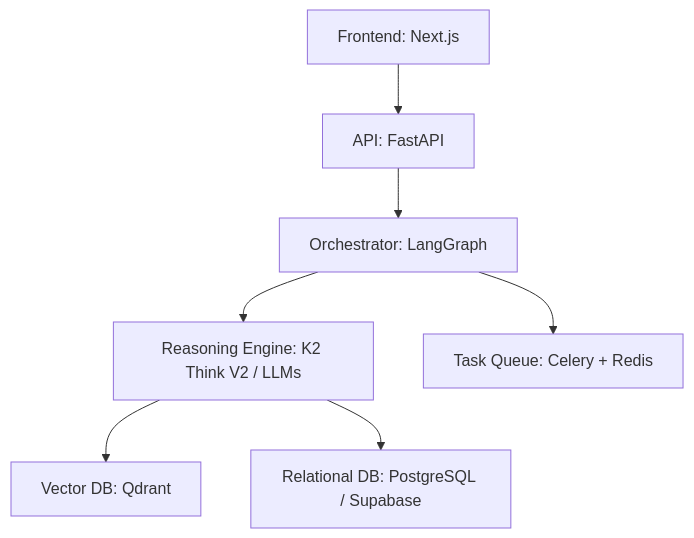
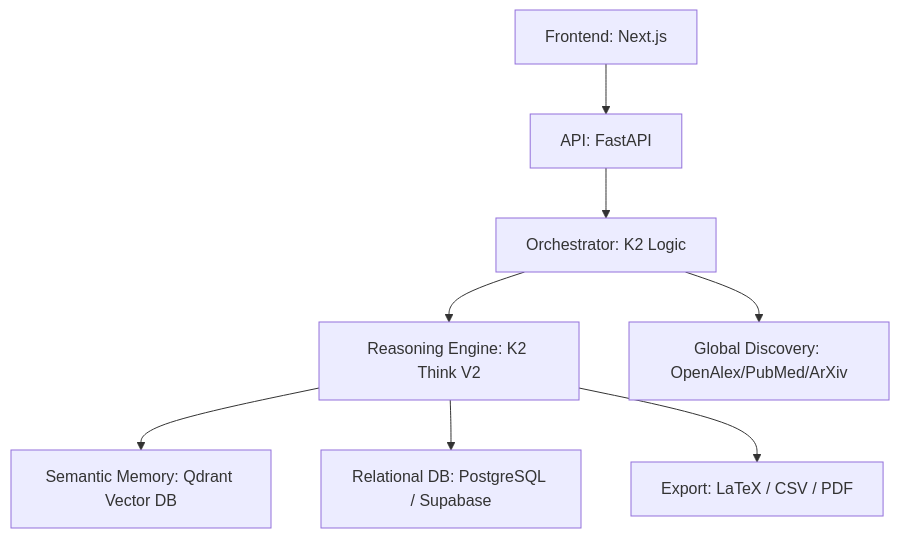
The diagram in README.md (Damasoumana1/ai-scientific-coinvestigator-backend), drawn with Mermaid before and after one commit. The commit also changed other lines of this file, not shown here.

Commit message:
docs: update README with OpenAlex, Semantic Memory, and History features

````diff
--- a/README.md
+++ b/README.md
@@ -55,9 +52,10 @@
 ```mermaid
 graph TD
     A[Frontend: Next.js] --> B[API: FastAPI]
-    B --> C[Orchestrator: LangGraph]
-    C --> D[Reasoning Engine: K2 Think V2 / LLMs]
-    D --> E[Vector DB: Qdrant]
+    B --> C[Orchestrator: K2 Logic]
+    C --> D[Reasoning Engine: K2 Think V2]
+    D --> E[Semantic Memory: Qdrant Vector DB]
     D --> F[Relational DB: PostgreSQL / Supabase]
-    C --> G[Task Queue: Celery + Redis]
+    C --> G[Global Discovery: OpenAlex/PubMed/ArXiv]
+    D --> H[Export: LaTeX / CSV / PDF]
 ```
````
